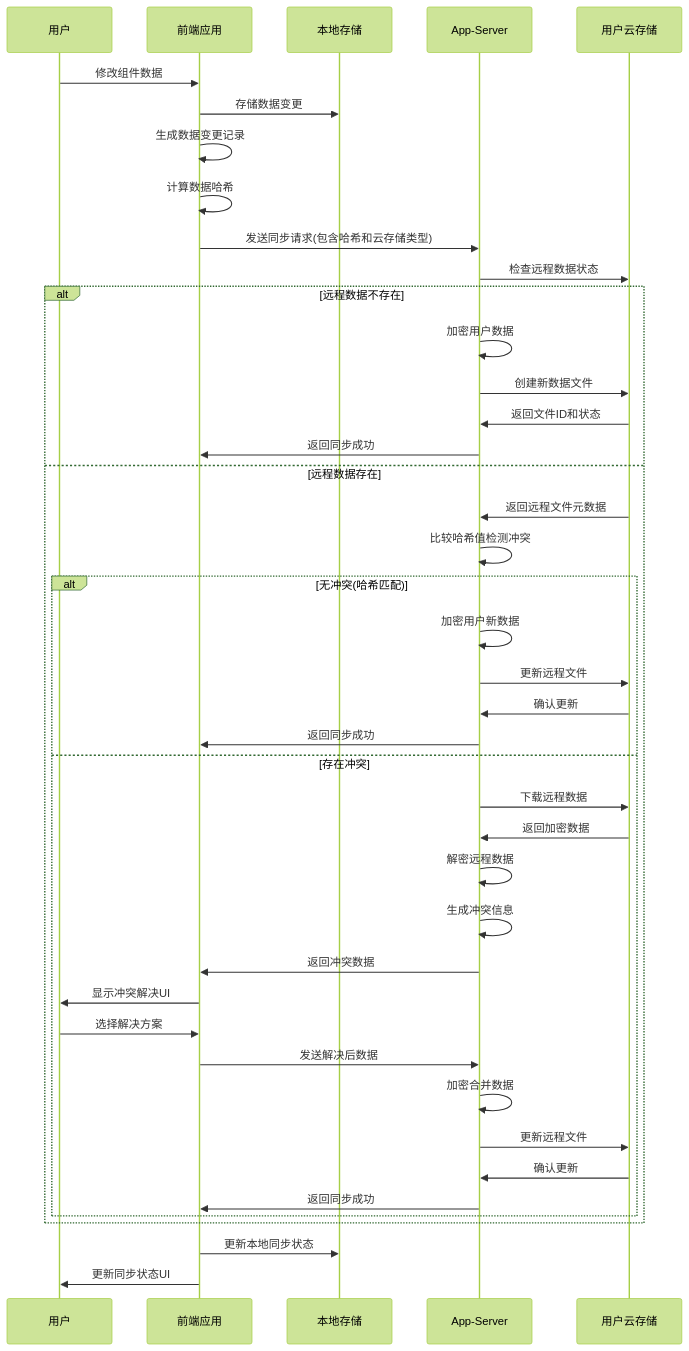
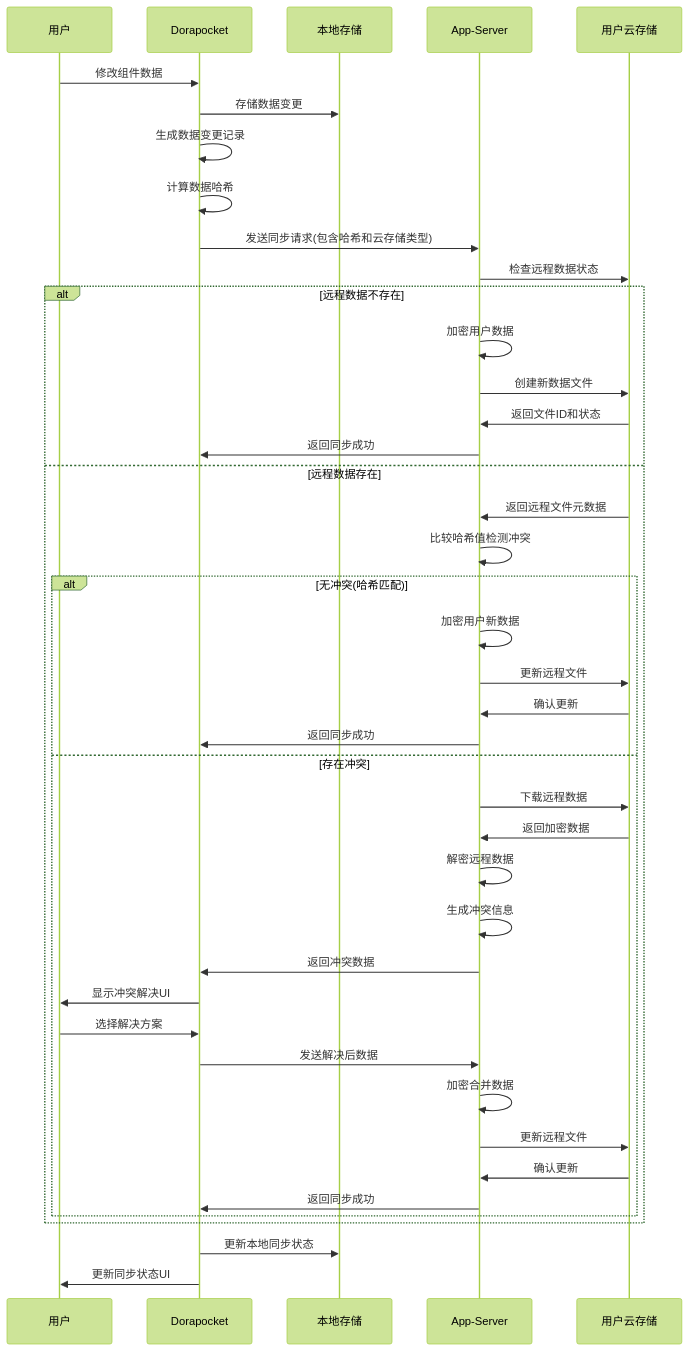
The diagram in all/未命名-34.md (yingjianzh/iodraw-files), drawn with Mermaid (forest theme) before and after one commit.

Commit message:
2025-04-17 14:00:59 update

````diff
--- a/all/未命名-34.md
+++ b/all/未命名-34.md
@@ -1,49 +1,49 @@
 ```mermaid
 sequenceDiagram
     participant User as 用户
-    participant Frontend as 前端应用
+    participant Frontend as Dorapocket
     participant LocalDB as 本地存储
     participant AppServer as App-Server
     participant UserCloud as 用户云存储
     
     User->>Frontend: 修改组件数据
     Frontend->>LocalDB: 存储数据变更
     Frontend->>Frontend: 生成数据变更记录
     Frontend->>Frontend: 计算数据哈希
     Frontend->>AppServer: 发送同步请求(包含哈希和云存储类型)
     
     AppServer->>UserCloud: 检查远程数据状态
     
     alt 远程数据不存在
         AppServer->>AppServer: 加密用户数据
         AppServer->>UserCloud: 创建新数据文件
         UserCloud->>AppServer: 返回文件ID和状态
         AppServer->>Frontend: 返回同步成功
     else 远程数据存在
         UserCloud->>AppServer: 返回远程文件元数据
         AppServer->>AppServer: 比较哈希值检测冲突
         
         alt 无冲突(哈希匹配)
             AppServer->>AppServer: 加密用户新数据
             AppServer->>UserCloud: 更新远程文件
             UserCloud->>AppServer: 确认更新
             AppServer->>Frontend: 返回同步成功
         else 存在冲突
             AppServer->>UserCloud: 下载远程数据
             UserCloud->>AppServer: 返回加密数据
             AppServer->>AppServer: 解密远程数据
             AppServer->>AppServer: 生成冲突信息
             AppServer->>Frontend: 返回冲突数据
             Frontend->>User: 显示冲突解决UI
             User->>Frontend: 选择解决方案
             Frontend->>AppServer: 发送解决后数据
             AppServer->>AppServer: 加密合并数据
             AppServer->>UserCloud: 更新远程文件
             UserCloud->>AppServer: 确认更新
             AppServer->>Frontend: 返回同步成功
         end
     end
     
     Frontend->>LocalDB: 更新本地同步状态
     Frontend->>User: 更新同步状态UI
 ```
````
